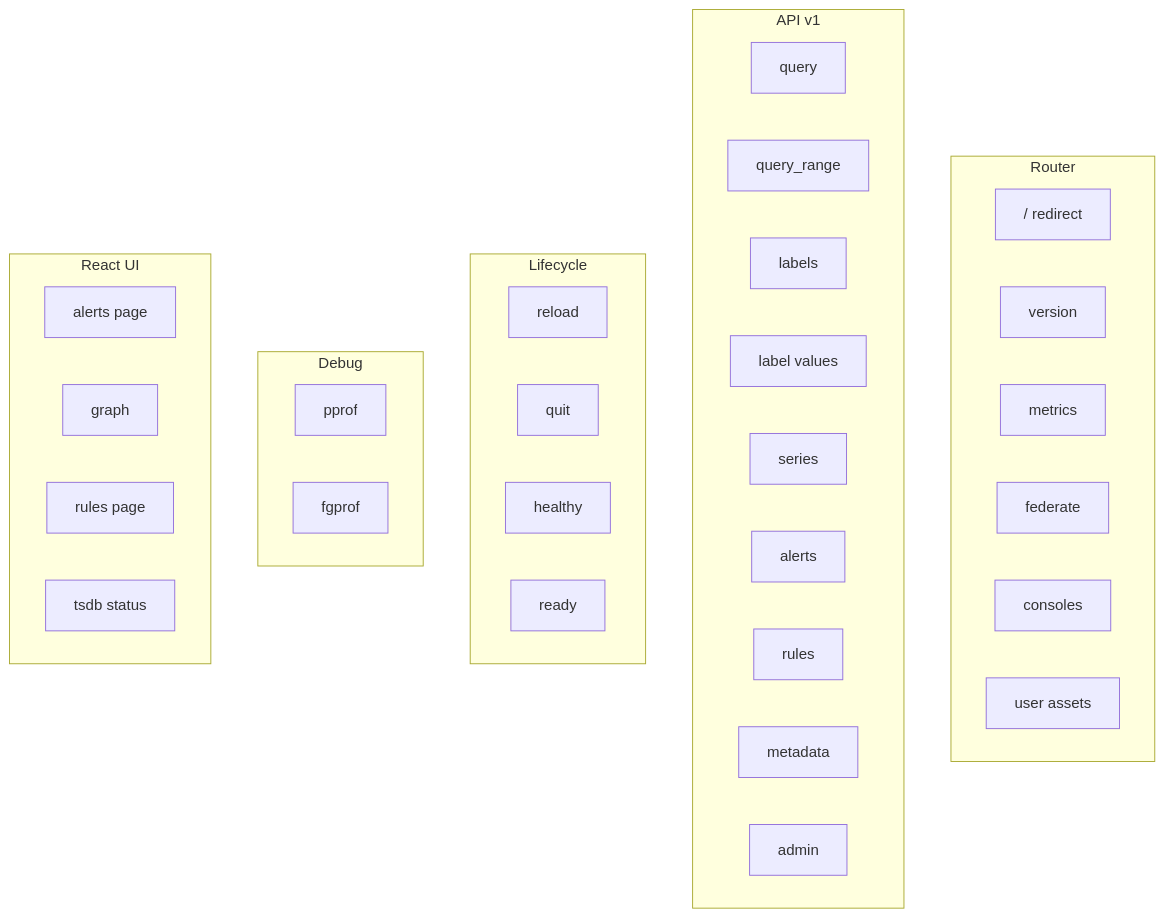
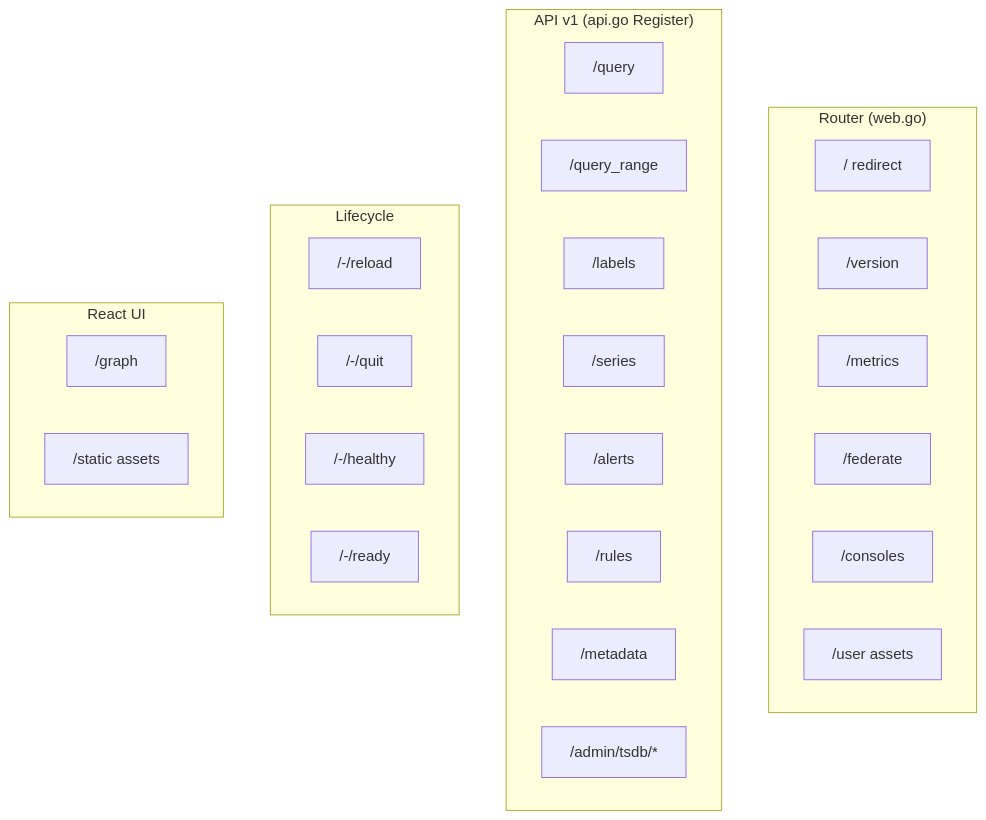
One commit to miyamadoKL/source-code-reading changed the first of 2 diagrams in prometheus/part05-external/15-http-api.md. Above: the diagram before and after it, drawn with Mermaid. The commit also changed other lines of this file and 11 other files, not shown here.

````diff
--- a/prometheus/part05-external/15-http-api.md
+++ b/prometheus/part05-external/15-http-api.md
@@ -21,38 +31,31 @@
 ```mermaid
 flowchart TD
-    subgraph root[Router]
-        r1["/  redirect"]
-        r2["version"]
-        r3["metrics"]
-        r4["federate"]
-        r5["consoles"]
-        r6["user assets"]
+    subgraph root["Router (web.go)"]
+        r1["/ redirect"]
+        r2["/version"]
+        r3["/metrics"]
+        r4["/federate"]
+        r5["/consoles"]
+        r6["/user assets"]
     end
-    subgraph api[API v1]
-        q1["query"]
-        q2["query_range"]
-        q3["labels"]
-        q4["label values"]
-        q5["series"]
-        q6["alerts"]
-        q7["rules"]
-        q8["metadata"]
-        q9["admin"]
+    subgraph api["API v1 (api.go Register)"]
+        q1["/query"]
+        q2["/query_range"]
+        q3["/labels"]
+        q5["/series"]
+        q6["/alerts"]
+        q7["/rules"]
+        q8["/metadata"]
+        q9["/admin/tsdb/*"]
     end
-    subgraph lc[Lifecycle]
-        l1["reload"]
-        l2["quit"]
-        l3["healthy"]
-        l4["ready"]
+    subgraph lc["Lifecycle"]
+        l1["/-/reload"]
+        l2["/-/quit"]
+        l3["/-/healthy"]
+        l4["/-/ready"]
     end
-    subgraph dbg[Debug]
-        d1["pprof"]
-        d2["fgprof"]
-    end
-    subgraph ui[React UI]
-        u1["alerts page"]
-        u2["graph"]
-        u3["rules page"]
-        u4["tsdb status"]
+    subgraph ui["React UI"]
+        u1["/graph"]
+        u2["/static assets"]
     end
 ```
````
